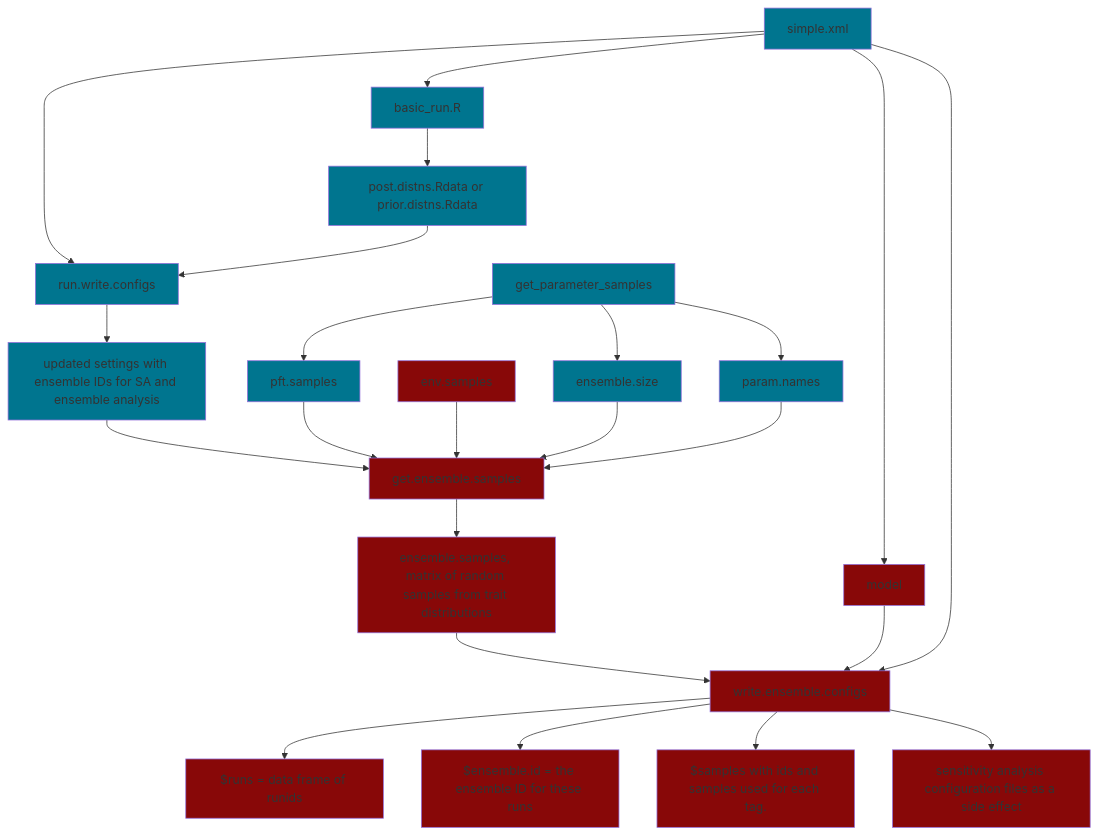
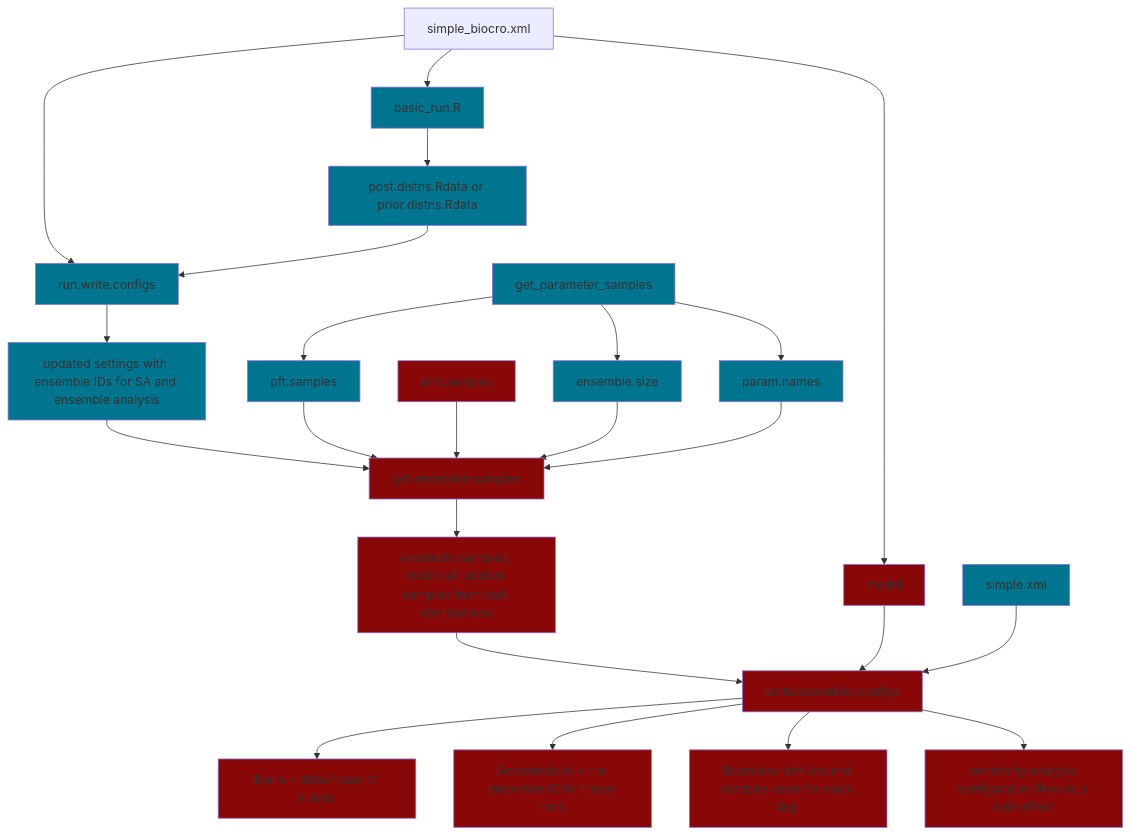
The diagram in README.md (ecamo19/gsoc_project_2022_vm), drawn with Mermaid before and after one commit.

````diff
--- a/README.md
+++ b/README.md
@@ -47,58 +47,58 @@
 ```mermaid
   graph TD;
-      simple.xml-->run.write.configs;
-      simple.xml-->basic_run.R;
-      simple.xml-->model;
+      simple_biocro.xml-->run.write.configs;
+      simple_biocro.xml-->basic_run.R;
+      simple_biocro.xml-->model;
       
       basic_run.R-->posterior.files[post.distns.Rdata or prior.distns.Rdata];
       posterior.files[post.distns.Rdata or prior.distns.Rdata]-->run.write.configs;
       run.write.configs-->output_1[updated settings with ensemble IDs for SA and ensemble analysis ];
       output_1[updated settings with ensemble IDs for SA and ensemble analysis]-->get.ensemble.samples;
       
       input_get_ensemble_1[pft.samples]-->get.ensemble.samples;
       input_get_ensemble_2[env.samples]-->get.ensemble.samples;
       input_get_ensemble_3[ensemble.size]-->get.ensemble.samples;
       input_get_ensemble_4[param.names]-->get.ensemble.samples;
       
       get_parameter_samples-->input_get_ensemble_1[pft.samples];  
       get_parameter_samples-->input_get_ensemble_3[ensemble.size];
       get_parameter_samples-->input_get_ensemble_4[param.names];
       get.ensemble.samples-->output_get_ensemble[ensemble.samples, matrix of random samples from trait distributions];
       
       output_get_ensemble[ensemble.samples, matrix of random samples from trait distributions]-->write.ensemble.configs;
       model-->write.ensemble.configs;
       simple.xml-->write.ensemble.configs;
       
       write.ensemble.configs-->output_write_ensemble_1[$runs = data frame of runids];
       write.ensemble.configs-->output_write_ensemble_2[$ensemble.id = the ensemble ID for these runs];
       write.ensemble.configs-->output_write_ensemble_3[$samples with ids and samples used for each tag.];
       write.ensemble.configs-->output_write_ensemble_4[sensitivity analysis configuration files as a side effect];
       
       %% Blue color boxes
       
       style get_parameter_samples fill:#00758f
       style basic_run.R fill:#00758f
       style output_1 fill:#00758f
       style run.write.configs fill:#00758f
       style simple.xml fill:#00758f
       style posterior.files fill:#00758f
       style input_get_ensemble_1 fill:#00758f
       
       style input_get_ensemble_3 fill:#00758f
       style input_get_ensemble_4 fill:#00758f
       
       
       
       %% Red color boxes  
       
       style input_get_ensemble_2 fill:#880808
       style get.ensemble.samples fill:#880808
       style output_get_ensemble  fill:#880808 
       style model fill:#880808 
       style write.ensemble.configs fill:#880808
       style output_write_ensemble_1 fill:#880808
       style output_write_ensemble_2 fill:#880808
       style output_write_ensemble_3 fill:#880808
       style output_write_ensemble_4 fill:#880808
       
 ```
````
